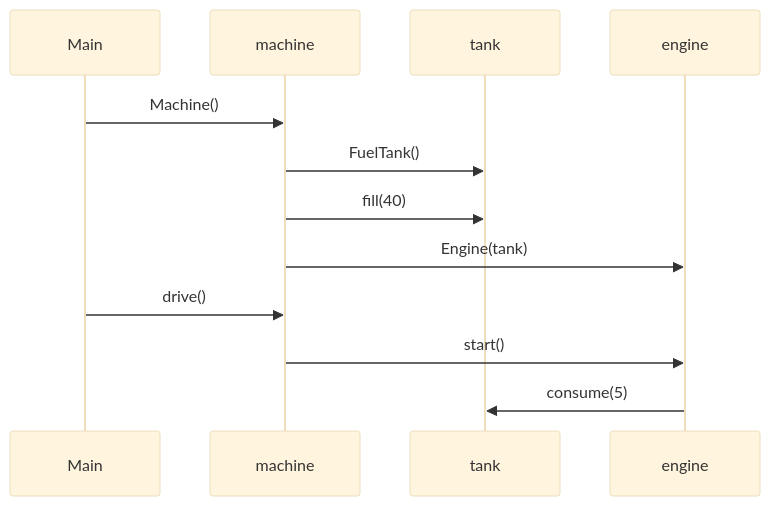
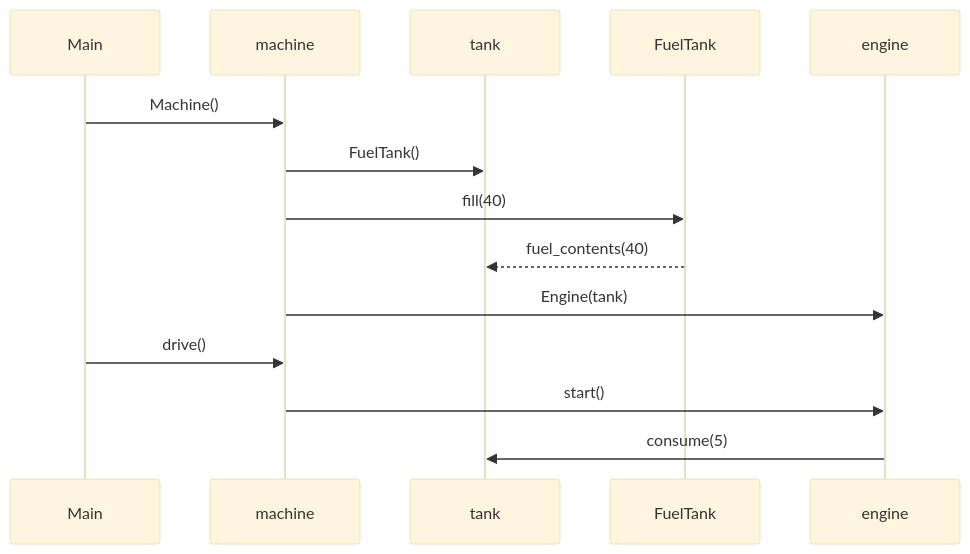
One commit to sohvip/ot-harjoitustyo changed the diagram in laskarit/viikko3/sekvenssikaavio.md. Above: the diagram before and after it, drawn with Mermaid (base theme).

````diff
--- a/laskarit/viikko3/sekvenssikaavio.md
+++ b/laskarit/viikko3/sekvenssikaavio.md
@@ -1,15 +1,17 @@
 ```mermaid
   sequenceDiagram
       participant Main
       participant machine
       participant tank
+      participant FuelTank
       participant engine
       Main ->> machine: Machine()
       machine ->> tank: FuelTank()
-      machine ->> tank: fill(40)
+      machine ->> FuelTank: fill(40)
+      FuelTank -->> tank: fuel_contents(40)
       machine ->> engine: Engine(tank)
       Main ->> machine: drive()
       machine ->> engine: start()
       engine ->> tank: consume(5)
       
 ```
````
